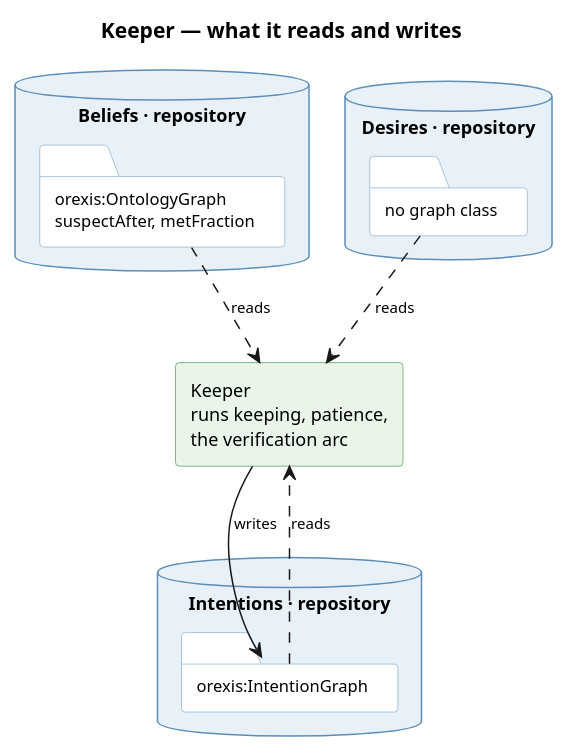
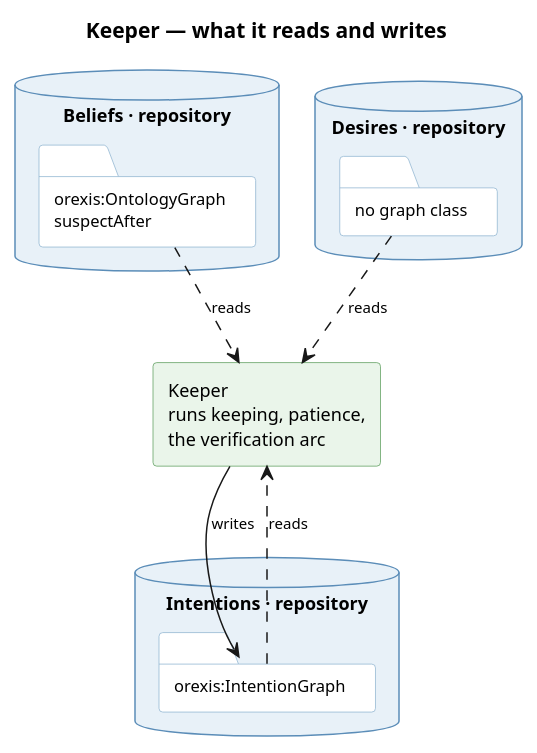
The diagram in knowledge/diagrams/service-keeper.puml (ShishkinDmitriy/orexis), drawn with PlantUML before and after one commit. The commit also changed 39 other files, not shown here.

```diff
--- a/knowledge/diagrams/service-keeper.puml
+++ b/knowledge/diagrams/service-keeper.puml
@@ -1,44 +1,44 @@
 @startuml service-keeper
 title Keeper — what it reads and writes
 
 skinparam componentStyle rectangle
 skinparam shadowing false
 skinparam defaultFontSize 12
 skinparam titleFontSize 14
 skinparam ArrowFontSize 10
 skinparam database {
   BackgroundColor #E8F1F8
   BorderColor #5B8DB8
 }
 skinparam folder {
   BackgroundColor #FFFFFF
   BorderColor #8FB4D0
   FontSize 11
 }
 skinparam component {
   BackgroundColor #EAF5EA
   BorderColor #5E9E5E
 }
 
 
 database "Intentions · repository" as INT {
   folder "orexis:IntentionGraph" as I
 }
 
 database "Beliefs · repository" as BEL {
-  folder "orexis:OntologyGraph\nsuspectAfter, metFraction" as ON
+  folder "orexis:OntologyGraph\nsuspectAfter" as ON
 }
 
 database "Desires · repository" as DES {
   folder "no graph class" as X
 }
 
 component "Keeper\nruns keeping, patience,\nthe verification arc" as KE
 
 
 I ..> KE : reads
 ON ..> KE : reads
 X ..> KE : reads
 KE --> I : writes
 
 @enduml
```
